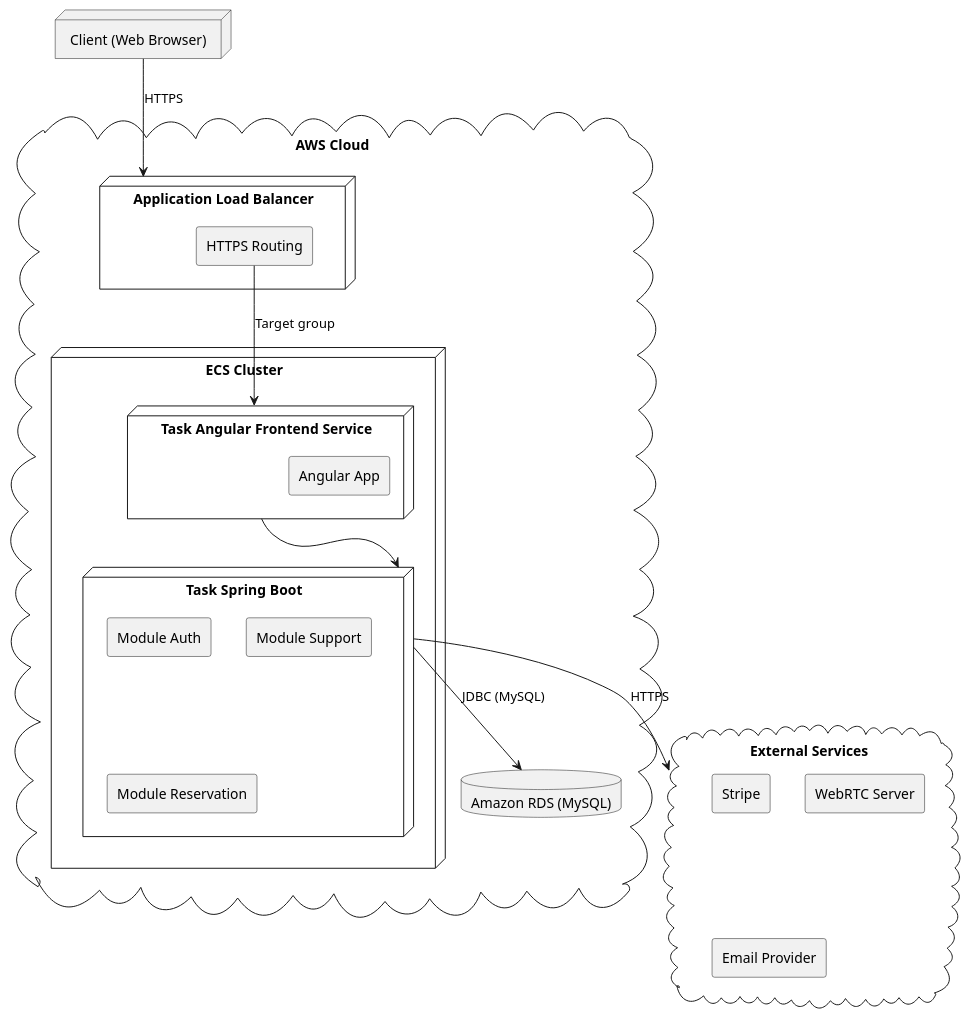
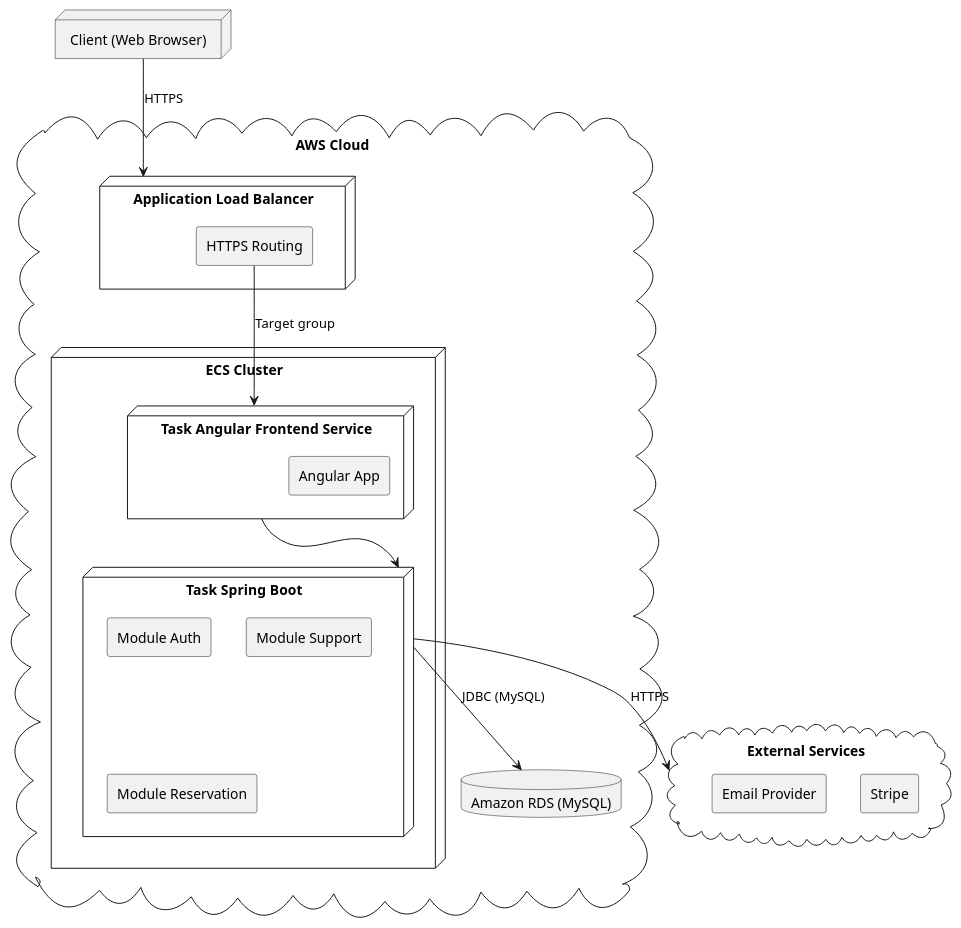
The diagram in diagram/deployment-diagram.plantuml (axelker/your-car-your-way-oc-13), drawn with PlantUML before and after one commit. The commit also changed 3 other files, not shown here.

Commit message:
docs: improve diagrams

```diff
--- a/diagram/deployment-diagram.plantuml
+++ b/diagram/deployment-diagram.plantuml
@@ -1,42 +1,41 @@
 @startuml
 skinparam componentStyle rectangle
 
 node "Client (Web Browser)" as client
 
 cloud "AWS Cloud" {
 
   node "Application Load Balancer" as alb {
     component "HTTPS Routing"
   }
 
   node "ECS Cluster" {
     node "Task Angular Frontend Service" {
       component "Angular App"
     }
 
     node "Task Spring Boot" {
       component "Module Auth"
       component "Module Support"
       component "Module Reservation"
 
     }
 
   }
 
   database "Amazon RDS (MySQL)" as rds
 }
 
 cloud "External Services" {
   component "Stripe"
-  component "WebRTC Server"
   component "Email Provider"
 }
 
 client --> alb : HTTPS
 "HTTPS Routing" --> "Task Angular Frontend Service" : Target group
 "Task Angular Frontend Service" --> "Task Spring Boot"
 
 "Task Spring Boot" --> rds : JDBC (MySQL)
 
 "Task Spring Boot" --> "External Services" : HTTPS
 @enduml
```
